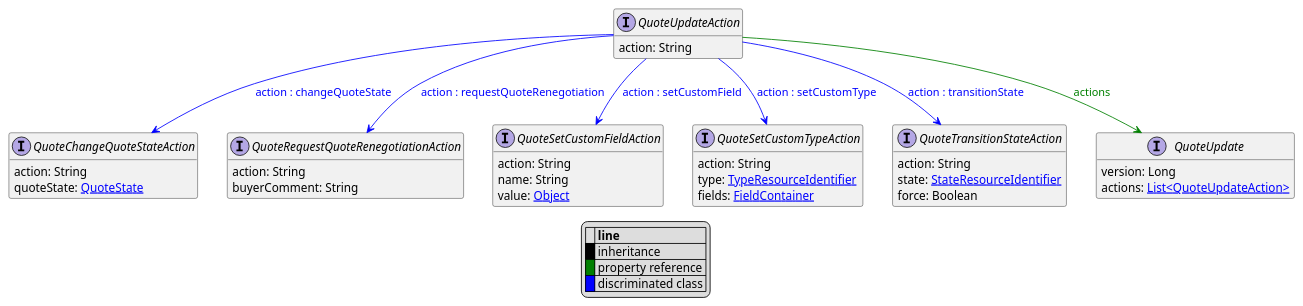
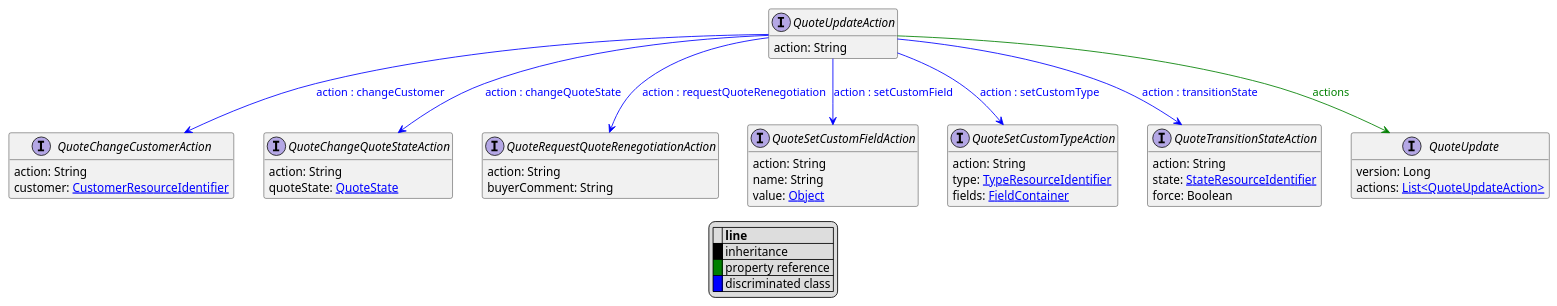
One commit to commercetools/commercetools-api-reference changed the diagram in uml/api/QuoteUpdateAction.puml. Above: the diagram before and after it, drawn with PlantUML. The commit also changed 28 other files, not shown here.

```diff
--- a/uml/api/QuoteUpdateAction.puml
+++ b/uml/api/QuoteUpdateAction.puml
@@ -1,49 +1,54 @@
 @startuml
 
 hide empty fields
 hide empty methods
 legend
 |= |= line |
 |<back:black>   </back>| inheritance |
 |<back:green>   </back>| property reference |
 |<back:blue>   </back>| discriminated class |
 endlegend
 interface QuoteUpdateAction [[QuoteUpdateAction.svg]]  {
     action: String
 }
 
 
+interface QuoteChangeCustomerAction [[QuoteChangeCustomerAction.svg]]  {
+    action: String
+    customer: [[CustomerResourceIdentifier.svg CustomerResourceIdentifier]]
+}
 interface QuoteChangeQuoteStateAction [[QuoteChangeQuoteStateAction.svg]]  {
     action: String
     quoteState: [[QuoteState.svg QuoteState]]
 }
 interface QuoteRequestQuoteRenegotiationAction [[QuoteRequestQuoteRenegotiationAction.svg]]  {
     action: String
     buyerComment: String
 }
 interface QuoteSetCustomFieldAction [[QuoteSetCustomFieldAction.svg]]  {
     action: String
     name: String
     value: [[Object.svg Object]]
 }
 interface QuoteSetCustomTypeAction [[QuoteSetCustomTypeAction.svg]]  {
     action: String
     type: [[TypeResourceIdentifier.svg TypeResourceIdentifier]]
     fields: [[FieldContainer.svg FieldContainer]]
 }
 interface QuoteTransitionStateAction [[QuoteTransitionStateAction.svg]]  {
     action: String
     state: [[StateResourceIdentifier.svg StateResourceIdentifier]]
     force: Boolean
 }
 interface QuoteUpdate [[QuoteUpdate.svg]]  {
     version: Long
     actions: [[QuoteUpdateAction.svg List<QuoteUpdateAction>]]
 }
+QuoteUpdateAction --> QuoteChangeCustomerAction #blue;text:blue : "action : changeCustomer"
 QuoteUpdateAction --> QuoteChangeQuoteStateAction #blue;text:blue : "action : changeQuoteState"
 QuoteUpdateAction --> QuoteRequestQuoteRenegotiationAction #blue;text:blue : "action : requestQuoteRenegotiation"
 QuoteUpdateAction --> QuoteSetCustomFieldAction #blue;text:blue : "action : setCustomField"
 QuoteUpdateAction --> QuoteSetCustomTypeAction #blue;text:blue : "action : setCustomType"
 QuoteUpdateAction --> QuoteTransitionStateAction #blue;text:blue : "action : transitionState"
 QuoteUpdateAction --> QuoteUpdate #green;text:green : "actions"
 @enduml
```
